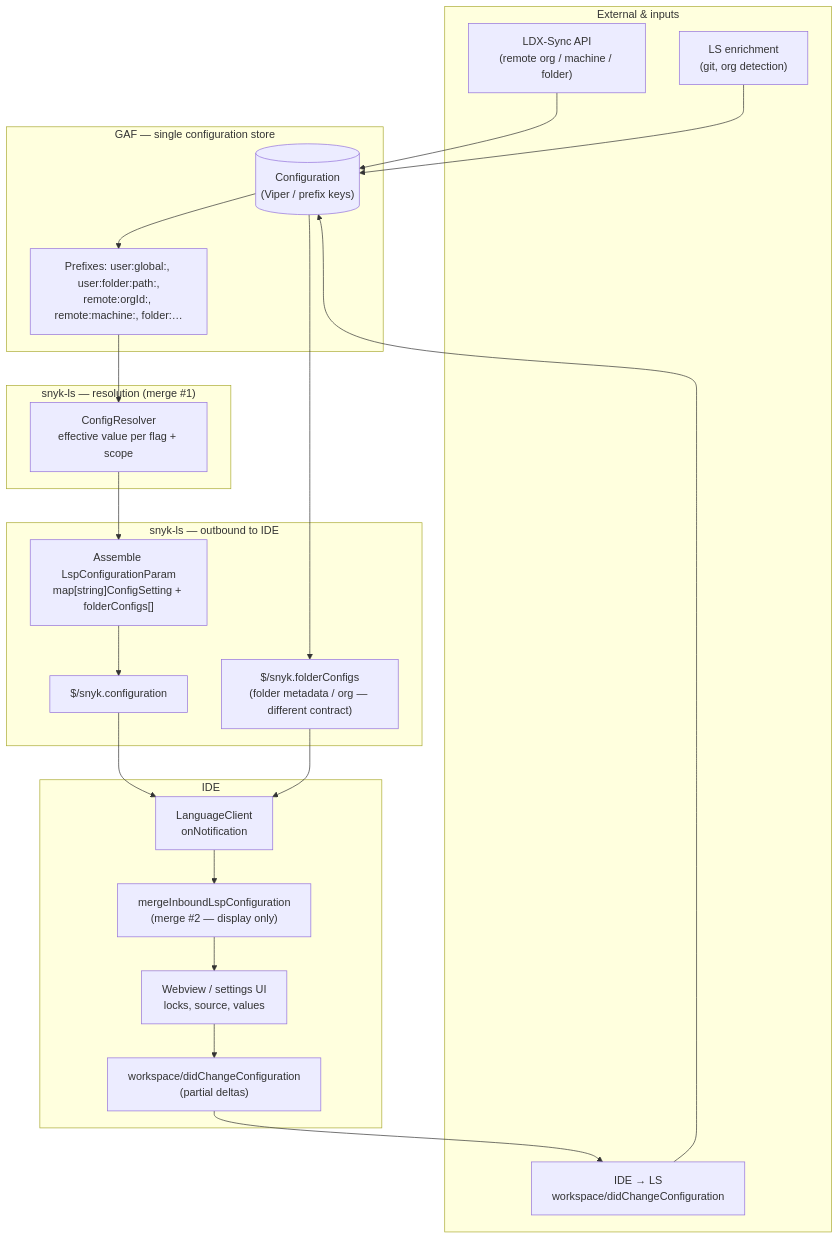
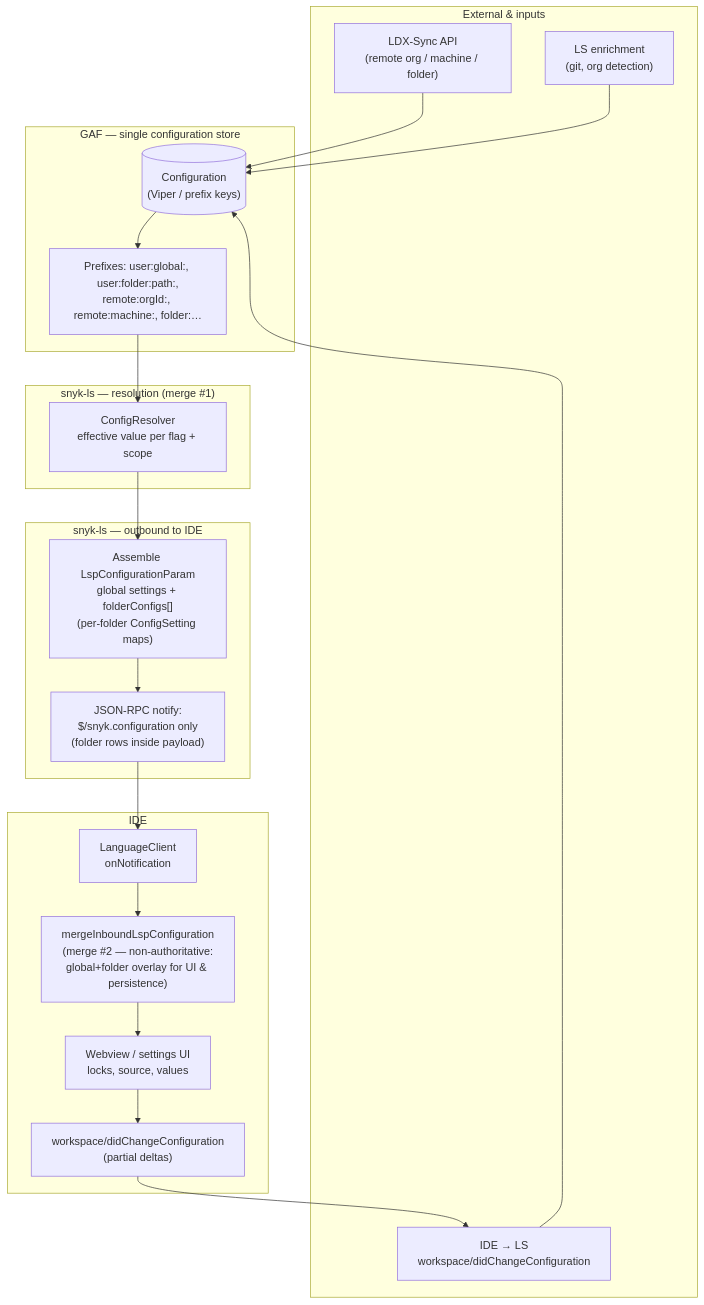
Before and after one commit to snyk/vscode-extension: the diagram in docs/configuration-gaf-ls-ide-flow.md, drawn with Mermaid. The commit also changed other lines of this file and 12 other files, not shown here.

First line of the commit message:
refactor(language-server): derive folder configs from configuration [IDE-1638]

````diff
--- a/docs/configuration-gaf-ls-ide-flow.md
+++ b/docs/configuration-gaf-ls-ide-flow.md
@@ -7,45 +7,43 @@
 ```mermaid
+%% snyk-ls → IDE: $/snyk.configuration only; folder rows in param.folderConfigs (no separate $/snyk.folderConfigs).
 flowchart TB
   subgraph external["External & inputs"]
     LDX["LDX-Sync API<br/>(remote org / machine / folder)"]
     IDE_IN["IDE → LS<br/>workspace/didChangeConfiguration"]
     ENRICH["LS enrichment<br/>(git, org detection)"]
   end
 
   subgraph gaf["GAF — single configuration store"]
     STORE[("Configuration<br/>(Viper / prefix keys)")]
     PFX["Prefixes: user:global:, user:folder:path:,<br/>remote:orgId:, remote:machine:, folder:…"]
   end
 
   subgraph resolve["snyk-ls — resolution (merge #1)"]
     CR["ConfigResolver<br/>effective value per flag + scope"]
   end
 
   subgraph outbound["snyk-ls — outbound to IDE"]
-    LCP["Assemble LspConfigurationParam<br/>map[string]ConfigSetting + folderConfigs[]"]
-    NCFG["$/snyk.configuration"]
-    NFOLD["$/snyk.folderConfigs<br/>(folder metadata / org — different contract)"]
+    LCP["Assemble LspConfigurationParam<br/>global settings + folderConfigs[]<br/>(per-folder ConfigSetting maps)"]
+    NCFG["JSON-RPC notify:<br/>$/snyk.configuration only<br/>(folder rows inside payload)"]
   end
 
   subgraph ide["IDE"]
     HNDL["LanguageClient<br/>onNotification"]
-    MERGE_UI["mergeInboundLspConfiguration<br/>(merge #2 — display only)"]
+    MERGE_UI["mergeInboundLspConfiguration<br/>(merge #2 — non-authoritative:<br/>global+folder overlay for UI & persistence)"]
     VIEW["Webview / settings UI<br/>locks, source, values"]
     DCC["workspace/didChangeConfiguration<br/>(partial deltas)"]
   end
 
   LDX --> STORE
   IDE_IN --> STORE
   ENRICH --> STORE
   STORE --> PFX
   PFX --> CR
   CR --> LCP
   LCP --> NCFG
-  STORE --> NFOLD
   NCFG --> HNDL
-  NFOLD --> HNDL
   HNDL --> MERGE_UI
   MERGE_UI --> VIEW
   VIEW --> DCC
   DCC --> IDE_IN
 ```
````
